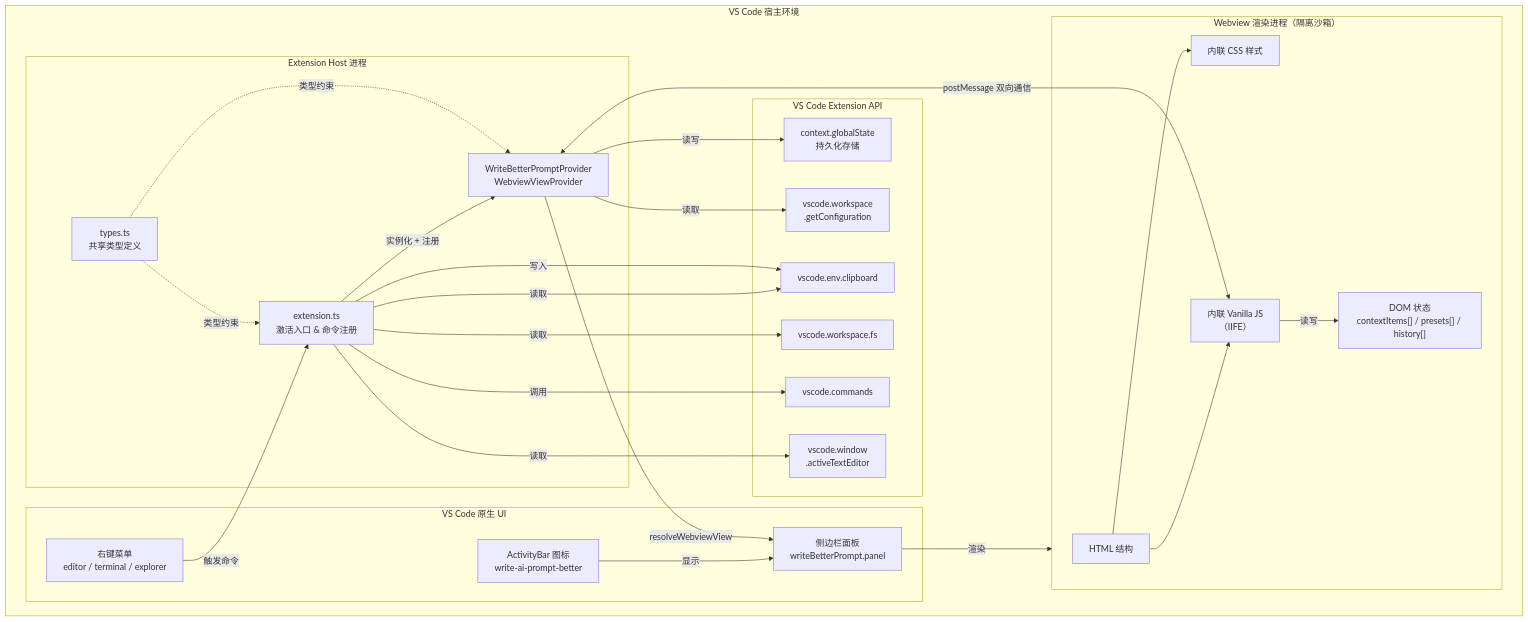
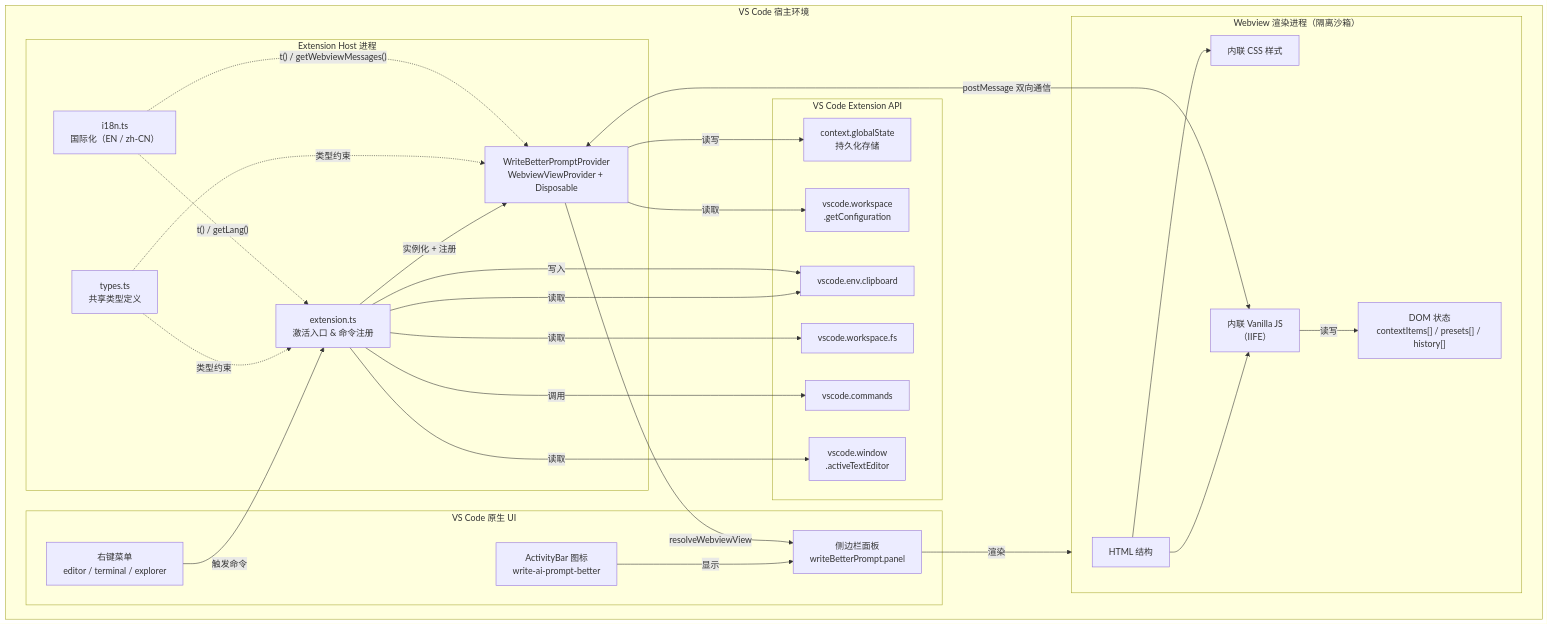
The first of 3 diagrams in apps/vscode-extension/architecture.md (tangzixuan/write-ai-prompt-better), drawn with Mermaid before and after one commit. The commit also changed other lines of this file and 2 other files, not shown here.

````diff
--- a/apps/vscode-extension/architecture.md
+++ b/apps/vscode-extension/architecture.md
@@ -5,53 +5,56 @@
 ```mermaid
 graph TB
     subgraph VSCode["VS Code 宿主环境"]
         subgraph ExtHost["Extension Host 进程"]
             EXT["extension.ts<br/>激活入口 & 命令注册"]
-            PROVIDER["WriteBetterPromptProvider<br/>WebviewViewProvider"]
+            PROVIDER["WriteBetterPromptProvider<br/>WebviewViewProvider + Disposable"]
             TYPES["types.ts<br/>共享类型定义"]
+            I18N["i18n.ts<br/>国际化（EN / zh-CN）"]
 
             EXT -->|"实例化 + 注册"| PROVIDER
             TYPES -.->|"类型约束"| EXT
             TYPES -.->|"类型约束"| PROVIDER
+            I18N -.->|"t() / getLang()"| EXT
+            I18N -.->|"t() / getWebviewMessages()"| PROVIDER
         end
 
         subgraph WebviewProc["Webview 渲染进程（隔离沙箱）"]
             HTML["HTML 结构"]
             CSS["内联 CSS 样式"]
             JS["内联 Vanilla JS<br/>（IIFE）"]
             DOM["DOM 状态<br/>contextItems[] / presets[] / history[]"]
 
             HTML --> CSS
             HTML --> JS
             JS -->|"读写"| DOM
         end
 
         subgraph VSCodeAPI["VS Code Extension API"]
             CLIPBOARD["vscode.env.clipboard"]
             FS["vscode.workspace.fs"]
             GLOBALSTATE["context.globalState<br/>持久化存储"]
             CONFIG["vscode.workspace<br/>.getConfiguration"]
             COMMANDS["vscode.commands"]
             EDITOR["vscode.window<br/>.activeTextEditor"]
         end
 
         subgraph UI["VS Code 原生 UI"]
             ACTIVITYBAR["ActivityBar 图标<br/>write-ai-prompt-better"]
             SIDEBAR["侧边栏面板<br/>writeBetterPrompt.panel"]
             CTXMENU["右键菜单<br/>editor / terminal / explorer"]
         end
     end
 
     PROVIDER <-->|"postMessage 双向通信"| JS
     PROVIDER -->|"读写"| GLOBALSTATE
     PROVIDER -->|"读取"| CONFIG
     EXT -->|"读取"| CLIPBOARD
     EXT -->|"写入"| CLIPBOARD
     EXT -->|"读取"| FS
     EXT -->|"调用"| COMMANDS
     EXT -->|"读取"| EDITOR
     CTXMENU -->|"触发命令"| EXT
     ACTIVITYBAR -->|"显示"| SIDEBAR
     SIDEBAR -->|"渲染"| WebviewProc
     PROVIDER -->|"resolveWebviewView"| SIDEBAR
 ```
````
